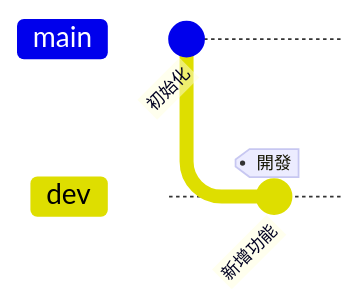
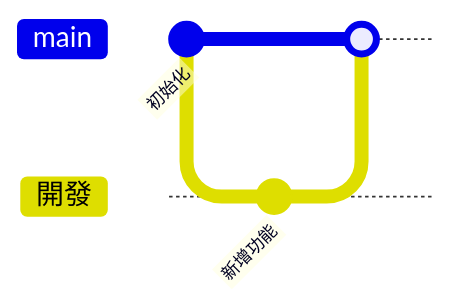
Before and after one commit to kouko/obsidian-researchworker: the fourth of 4 diagrams in obsidian/skills/obsidian-mermaid-visualizer/obsidian-common-quirks.md, drawn with Mermaid. The commit also changed other lines of this file and 15 other files, not shown here.

````diff
--- a/obsidian/skills/obsidian-mermaid-visualizer/obsidian-common-quirks.md
+++ b/obsidian/skills/obsidian-mermaid-visualizer/obsidian-common-quirks.md
@@ -101,6 +101,9 @@
   ```mermaid
   gitGraph
       commit id: "初始化"
-      branch dev
-      commit id: "新增功能" tag: "開發"
+      branch "開發"
+      checkout "開發"
+      commit id: "新增功能"
+      checkout main
+      merge "開發"
   ```
````
